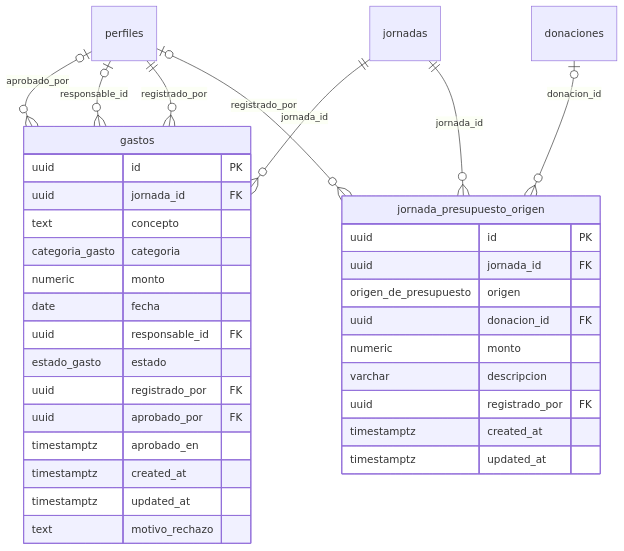
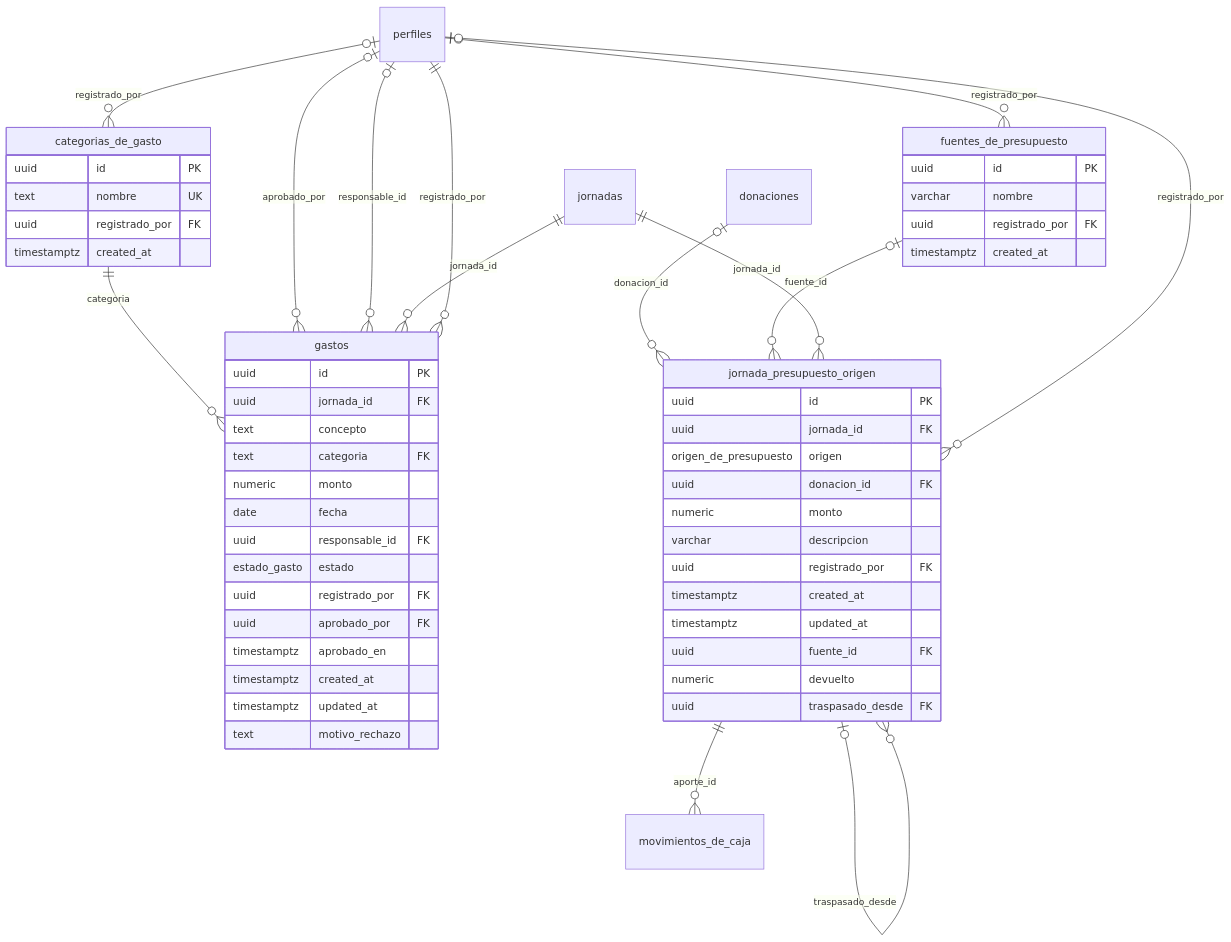
Before and after one commit to URL-ECOPAC/Ecopac-Digital: the seventh of 11 diagrams in docs/DICCIONARIO-DE-DATOS.md, drawn with Mermaid. The commit also changed other lines of this file, not shown here.

````diff
--- a/docs/DICCIONARIO-DE-DATOS.md
+++ b/docs/DICCIONARIO-DE-DATOS.md
@@ -595,37 +753,58 @@
 ```mermaid
 erDiagram
   gastos {
     uuid id PK
     uuid jornada_id FK
     text concepto
-    categoria_gasto categoria
+    text categoria FK
     numeric monto
     date fecha
     uuid responsable_id FK
     estado_gasto estado
     uuid registrado_por FK
     uuid aprobado_por FK
     timestamptz aprobado_en
     timestamptz created_at
     timestamptz updated_at
     text motivo_rechazo
   }
+  categorias_de_gasto {
+    uuid id PK
+    text nombre UK
+    uuid registrado_por FK
+    timestamptz created_at
+  }
+  fuentes_de_presupuesto {
+    uuid id PK
+    varchar nombre
+    uuid registrado_por FK
+    timestamptz created_at
+  }
   jornada_presupuesto_origen {
     uuid id PK
     uuid jornada_id FK
     origen_de_presupuesto origen
     uuid donacion_id FK
     numeric monto
     varchar descripcion
     uuid registrado_por FK
     timestamptz created_at
     timestamptz updated_at
+    uuid fuente_id FK
+    numeric devuelto
+    uuid traspasado_desde FK
   }
+  perfiles |o--o{ categorias_de_gasto : "registrado_por"
+  perfiles |o--o{ fuentes_de_presupuesto : "registrado_por"
+  categorias_de_gasto ||--o{ gastos : "categoria"
   perfiles |o--o{ gastos : "aprobado_por"
   perfiles |o--o{ gastos : "responsable_id"
   jornadas ||--o{ gastos : "jornada_id"
   perfiles ||--o{ gastos : "registrado_por"
   donaciones |o--o{ jornada_presupuesto_origen : "donacion_id"
+  fuentes_de_presupuesto |o--o{ jornada_presupuesto_origen : "fuente_id"
   jornadas ||--o{ jornada_presupuesto_origen : "jornada_id"
   perfiles |o--o{ jornada_presupuesto_origen : "registrado_por"
+  jornada_presupuesto_origen |o--o{ jornada_presupuesto_origen : "traspasado_desde"
+  jornada_presupuesto_origen ||--o{ movimientos_de_caja : "aporte_id"
 ```
````
